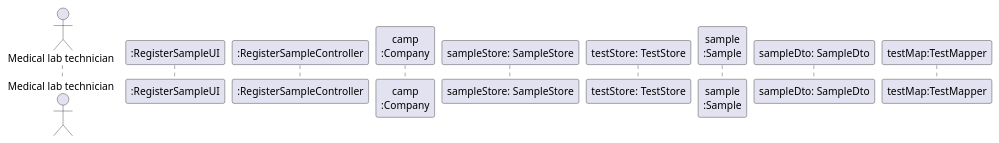
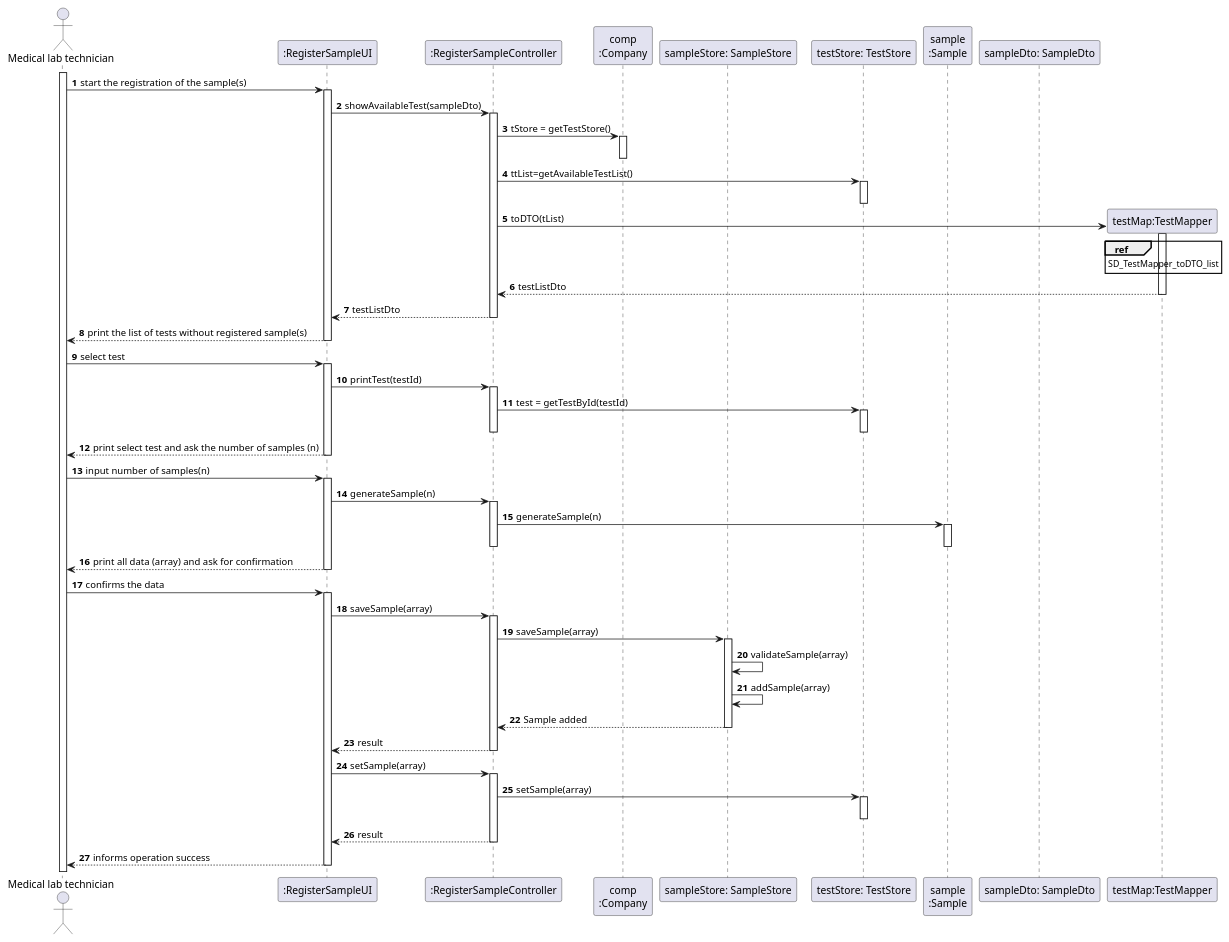
Before and after one commit to GuilhermeCunha79/lapr2: the diagram in docs/SprintC/US5/UC5_SD.puml, drawn with PlantUML. The commit also changed 3 other files, not shown here.

Commit message:
[UC5] Concusion of SD diagram and update in SSD and md

```diff
--- a/docs/SprintC/US5/UC5_SD.puml
+++ b/docs/SprintC/US5/UC5_SD.puml
@@ -1,19 +1,112 @@
 @startuml
 'https://plantuml.com/sequence-diagram
 
 autonumber
 actor "Medical lab technician" as Mlt
 
 participant ":RegisterSampleUI" as UI
 participant ":RegisterSampleController" as CTRL
-participant "camp\n:Company" as CAMP
+participant "comp\n:Company" as COMP
 
 participant "sampleStore: SampleStore" as SSTORE
 
 participant "testStore: TestStore" as TSTORE
 
 participant "sample\n:Sample" as SAMPLE
 participant "sampleDto: SampleDto" as SAMPLEDTO
 participant "testMap:TestMapper" as TMAPPER
 
+activate Mlt
+
+    Mlt-> UI: start the registration of the sample(s)
+
+    activate UI
+
+        UI -> CTRL : showAvailableTest(sampleDto)
+
+        activate CTRL
+
+            CTRL -> COMP : tStore = getTestStore()
+            activate COMP
+            deactivate COMP
+            CTRL -> TSTORE : ttList=getAvailableTestList()
+            activate TSTORE
+            deactivate TSTORE
+            CTRL -> TMAPPER** : toDTO(tList)
+            activate TMAPPER
+            ref over TMAPPER
+              SD_TestMapper_toDTO_list
+            end ref
+            TMAPPER --> CTRL : testListDto
+            deactivate TMAPPER
+            CTRL --> UI : testListDto
+
+        deactivate CTRL
+
+        UI --> Mlt: print the list of tests without registered sample(s)
+
+    deactivate UI
+
+    Mlt -> UI : select test
+
+    activate UI
+
+        UI -> CTRL : printTest(testId)
+        activate CTRL
+        CTRL -> TSTORE : test = getTestById(testId)
+        activate TSTORE
+        deactivate TSTORE
+        deactivate CTRL
+
+        UI --> Mlt: print select test and ask the number of samples (n)
+
+    deactivate UI
+
+    Mlt -> UI : input number of samples(n)
+
+    activate UI
+
+        UI -> CTRL : generateSample(n)
+        activate CTRL
+        CTRL -> SAMPLE : generateSample(n)
+        activate SAMPLE
+        deactivate SAMPLE
+        deactivate CTRL
+
+        UI --> Mlt: print all data (array) and ask for confirmation
+
+    deactivate UI
+
+Mlt -> UI :  confirms the data
+
+    activate UI
+         UI -> CTRL : saveSample(array)
+         activate CTRL
+         CTRL -> SSTORE : saveSample(array)
+           activate SSTORE
+           SSTORE -> SSTORE : validateSample(array)
+           SSTORE -> SSTORE : addSample(array)
+
+           SSTORE --> CTRL : Sample added
+
+         deactivate SSTORE
+
+          CTRL --> UI: result
+         deactivate CTRL
+
+         UI -> CTRL : setSample(array)
+         activate CTRL
+         CTRL -> TSTORE : setSample(array)
+         activate TSTORE
+         deactivate TSTORE
+
+          CTRL --> UI: result
+         deactivate CTRL
+
+         UI --> Mlt : informs operation success
+
+    deactivate UI
+
+
+
 @enduml
```
